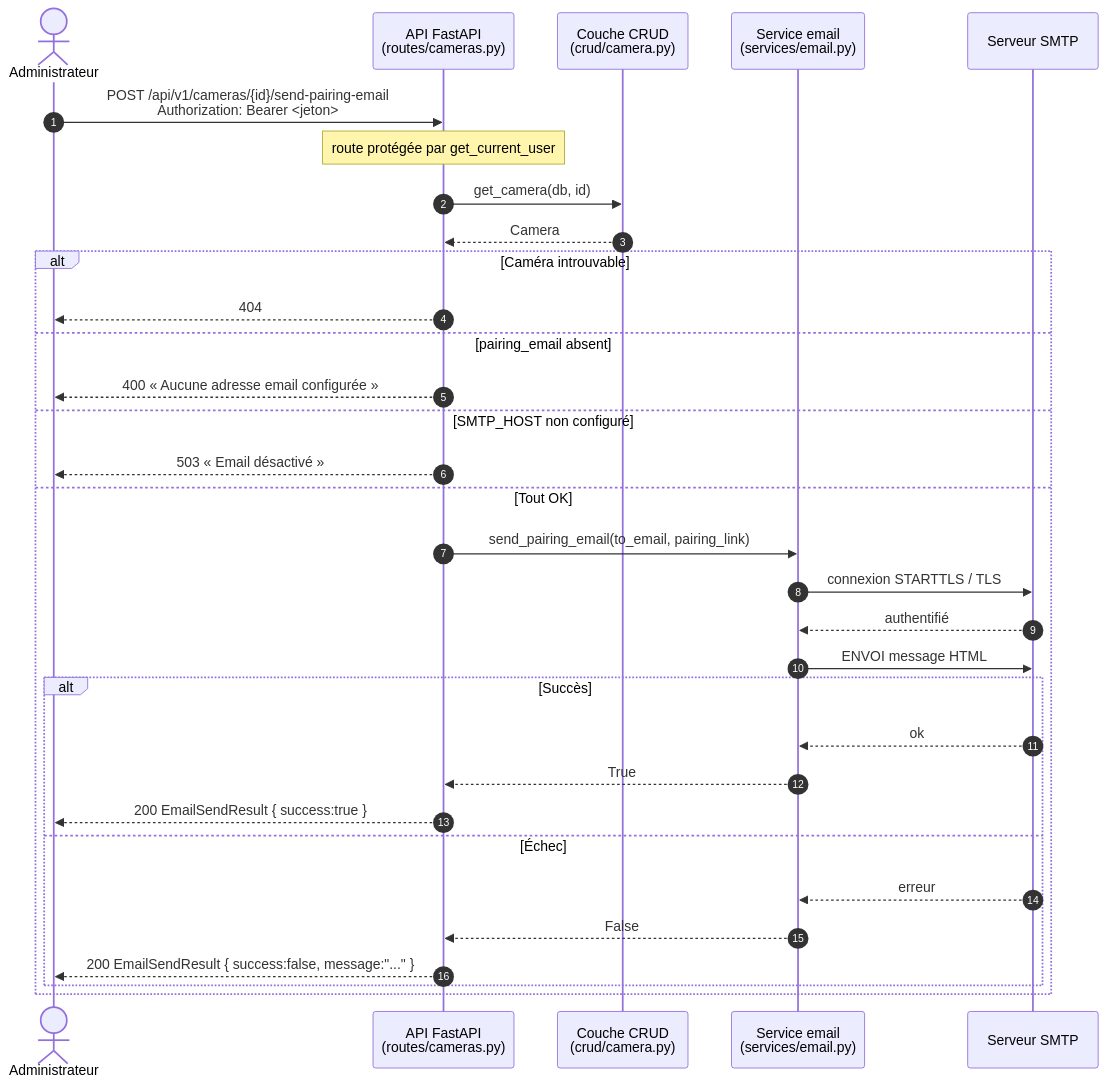
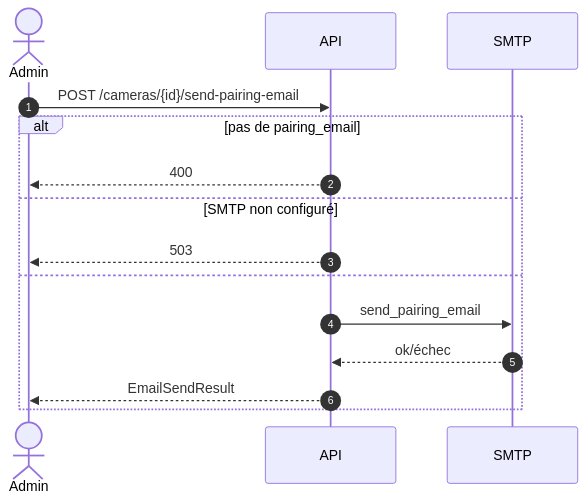
Before and after one commit to Ammar-El-Maghevry/pi-s4: the eighth of 10 diagrams in docs/diagrams/diagrammes_sequence.md, drawn with Mermaid. The commit also changed other lines of this file and 1 other file, not shown here.

Commit message:
Simplify sequence diagrams + add Arabic description

````diff
--- a/docs/diagrams/diagrammes_sequence.md
+++ b/docs/diagrams/diagrammes_sequence.md
@@ -386,37 +196,18 @@
 ```mermaid
 sequenceDiagram
     autonumber
-    actor Client as Administrateur
-    participant API as API FastAPI<br/>(routes/cameras.py)
-    participant CRUD as Couche CRUD<br/>(crud/camera.py)
-    participant Email as Service email<br/>(services/email.py)
-    participant SMTP as Serveur SMTP
+    actor Admin
+    participant API as API
+    participant SMTP as SMTP
 
-    Client->>API: POST /api/v1/cameras/{id}/send-pairing-email<br/>Authorization: Bearer <jeton>
-    Note over API: route protégée par get_current_user
-
-    API->>CRUD: get_camera(db, id)
-    CRUD-->>API: Camera
-
-    alt Caméra introuvable
-        API-->>Client: 404
-    else pairing_email absent
-        API-->>Client: 400 « Aucune adresse email configurée »
-    else SMTP_HOST non configuré
-        API-->>Client: 503 « Email désactivé »
-    else Tout OK
-        API->>Email: send_pairing_email(to_email, pairing_link)
-        Email->>SMTP: connexion STARTTLS / TLS
-        SMTP-->>Email: authentifié
-        Email->>SMTP: ENVOI message HTML
-        alt Succès
-            SMTP-->>Email: ok
-            Email-->>API: True
-            API-->>Client: 200 EmailSendResult { success:true }
-        else Échec
-            SMTP-->>Email: erreur
-            Email-->>API: False
-            API-->>Client: 200 EmailSendResult { success:false, message:"..." }
-        end
+    Admin->>API: POST /cameras/{id}/send-pairing-email
+    alt pas de pairing_email
+        API-->>Admin: 400
+    else SMTP non configuré
+        API-->>Admin: 503
+    else
+        API->>SMTP: send_pairing_email
+        SMTP-->>API: ok/échec
+        API-->>Admin: EmailSendResult
     end
 ```
````
